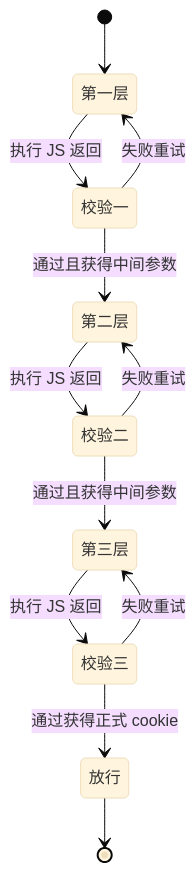
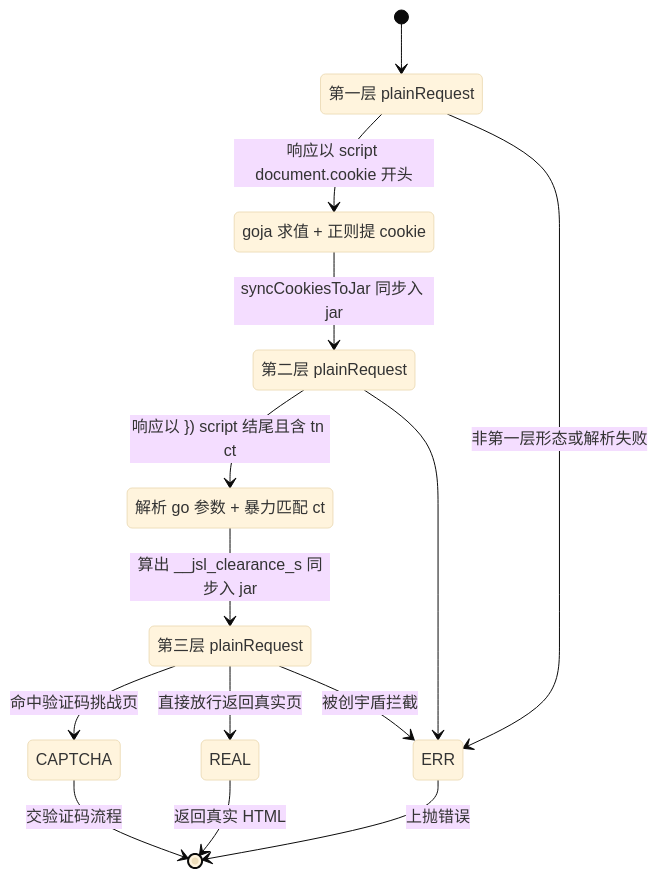
One commit to scagogogo/cnvd-skills changed the first of 2 diagrams in website/docs/architecture/jsl-three-layers.md. Above: the diagram before and after it, drawn with Mermaid (base theme). The commit also changed other lines of this file and 12 other files, not shown here.

Commit message:
docs(website): fill 12 architecture pages with 24+ mermaid diagrams

````diff
--- a/website/docs/architecture/jsl-three-layers.md
+++ b/website/docs/architecture/jsl-three-layers.md
@@ -13,14 +13,21 @@
 ```mermaid
 stateDiagram-v2
-    [*] --> 第一层
-    第一层 --> 校验一: 执行 JS 返回
-    校验一 --> 第二层: 通过且获得中间参数
-    校验一 --> 第一层: 失败重试
-    第二层 --> 校验二: 执行 JS 返回
-    校验二 --> 第三层: 通过且获得中间参数
-    校验二 --> 第二层: 失败重试
-    第三层 --> 校验三: 执行 JS 返回
-    校验三 --> 放行: 通过获得正式 cookie
-    校验三 --> 第三层: 失败重试
-    放行 --> [*]
+    [*] --> L1_GET
+    L1_GET: 第一层 plainRequest
+    L1_GET --> L1_PARSE: 响应以 script document.cookie 开头
+    L1_PARSE: goja 求值 + 正则提 cookie
+    L1_PARSE --> L2_GET: syncCookiesToJar 同步入 jar
+    L2_GET: 第二层 plainRequest
+    L2_GET --> L2_PARSE: 响应以 }) script 结尾且含 tn ct
+    L2_PARSE: 解析 go 参数 + 暴力匹配 ct
+    L2_PARSE --> L3_GET: 算出 __jsl_clearance_s 同步入 jar
+    L3_GET: 第三层 plainRequest
+    L3_GET --> CAPTCHA: 命中验证码挑战页
+    L3_GET --> REAL: 直接放行返回真实页
+    CAPTCHA --> [*]: 交验证码流程
+    REAL --> [*]: 返回真实 HTML
+    L1_GET --> ERR: 非第一层形态或解析失败
+    L2_GET --> ERR
+    L3_GET --> ERR: 被创宇盾拦截
+    ERR --> [*]: 上抛错误
 ```
````
